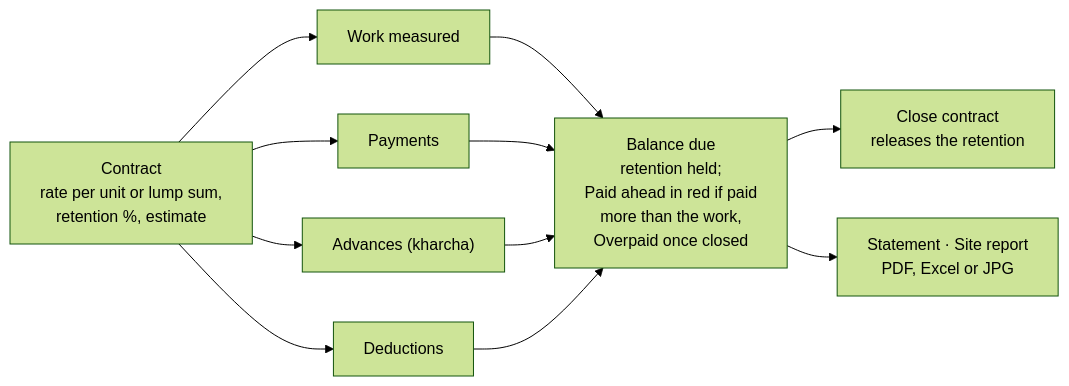
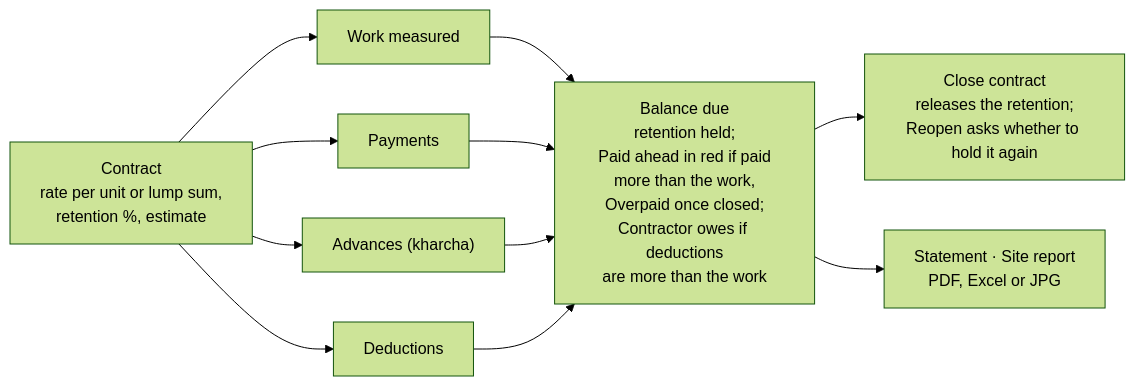
One commit to parikshit99/nirman changed the fifth of 6 diagrams in docs/Nirman workflows.md. Above: the diagram before and after it, drawn with Mermaid (forest theme). The commit also changed other lines of this file and 13 other files, not shown here.

First line of the commit message:
Fix: more contract edge cases (rates below 0, kind switch, undo, reopen, deductions)

````diff
--- a/docs/Nirman workflows.md
+++ b/docs/Nirman workflows.md
@@ -139,10 +139,10 @@
 ```mermaid
 flowchart LR
   C[Contract<br/>rate per unit or lump sum,<br/>retention %, estimate] --> WM[Work measured]
   C --> PY[Payments]
   C --> AD["Advances (kharcha)"]
   C --> DD[Deductions]
-  WM & PY & AD & DD --> BAL[Balance due<br/>retention held;<br/>Paid ahead in red if paid<br/>more than the work,<br/>Overpaid once closed]
-  BAL --> CL[Close contract<br/>releases the retention]
+  WM & PY & AD & DD --> BAL[Balance due<br/>retention held;<br/>Paid ahead in red if paid<br/>more than the work,<br/>Overpaid once closed;<br/>Contractor owes if deductions<br/>are more than the work]
+  BAL --> CL[Close contract<br/>releases the retention;<br/>Reopen asks whether to hold it again]
   BAL --> ST[Statement · Site report<br/>PDF, Excel or JPG]
 ```
````
